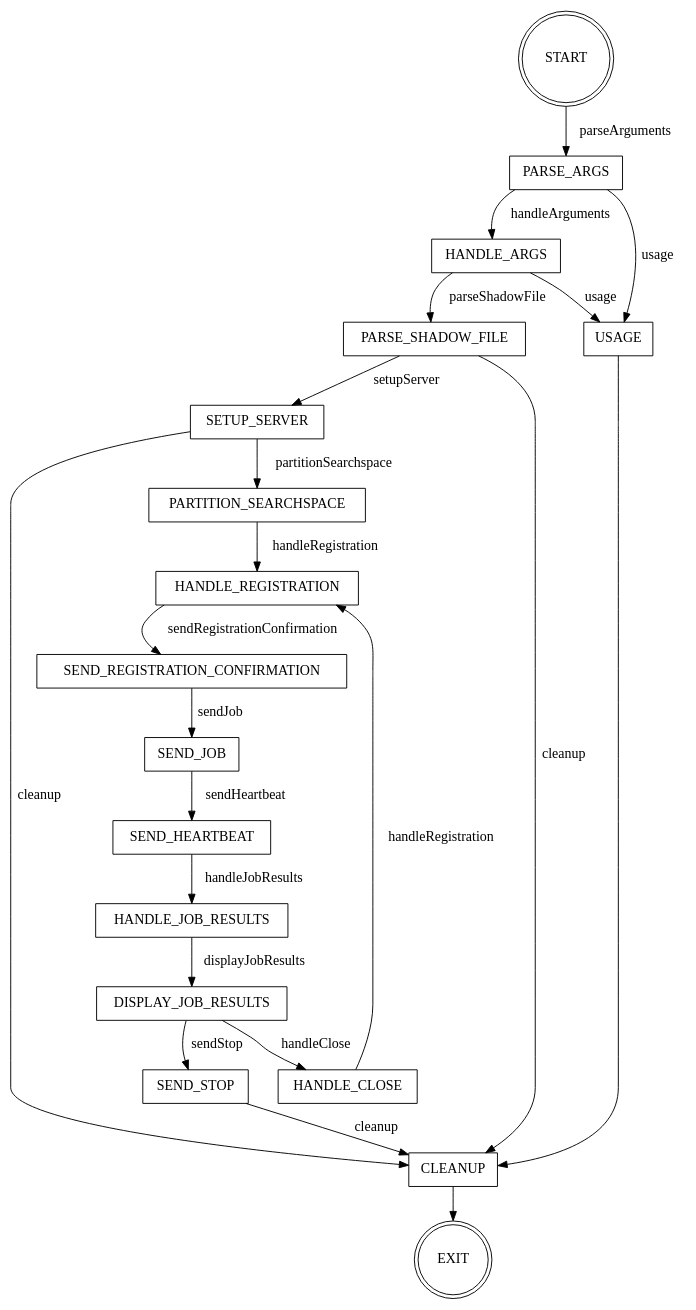
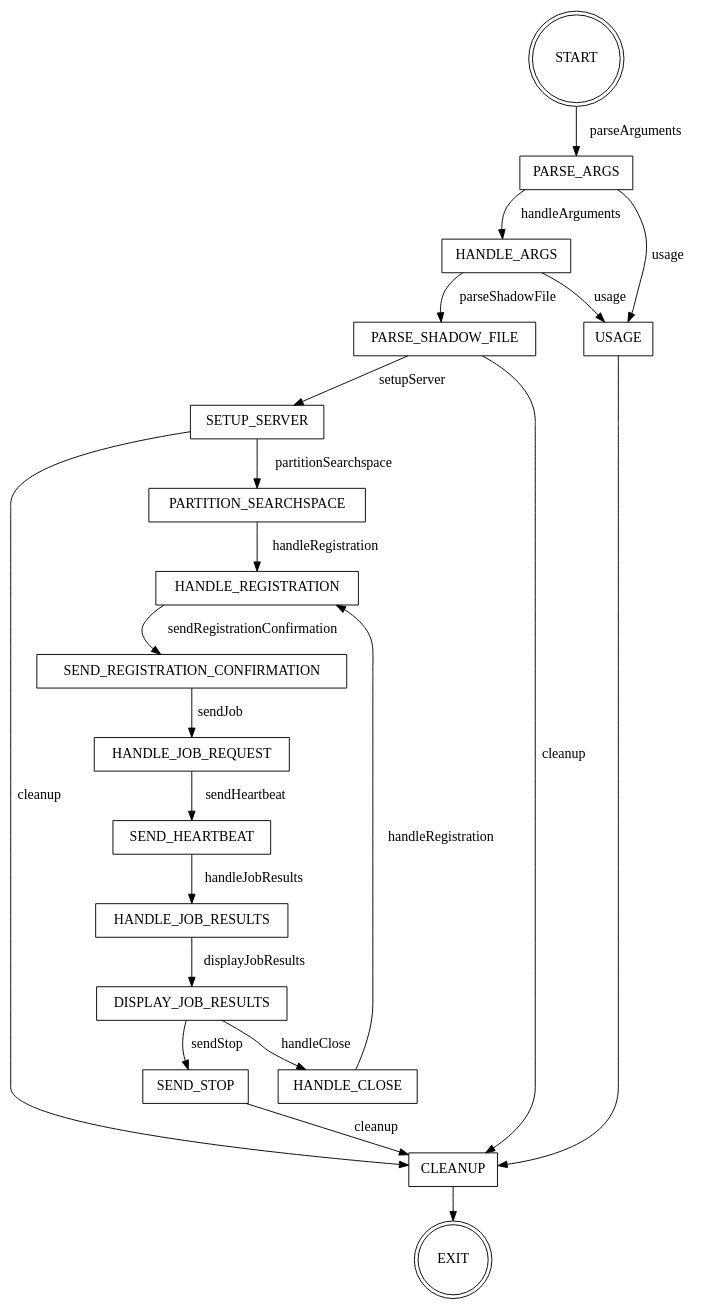
Before and after one commit to A1exander-liU/comp-8005-assign-4: the diagram in controller.gv, drawn with Graphviz. The commit also changed 1 other file, not shown here.

```diff
--- a/controller.gv
+++ b/controller.gv
@@ -1,59 +1,59 @@
 digraph Controller {
   node [shape = rectangle; fontsize = 15;];
   edge [fontsize = 15;];
   
   // States
   START [shape = "doublecircle";];
   PARSE_ARGS;
   HANDLE_ARGS;
   USAGE;
   PARSE_SHADOW_FILE;
   SETUP_SERVER;
   PARTITION_SEARCHSPACE;
   HANDLE_REGISTRATION;
   SEND_REGISTRATION_CONFIRMATION;
-  SEND_JOB;
+  HANDLE_JOB_REQUEST;
   SEND_HEARTBEAT;
   HANDLE_JOB_RESULTS;
   DISPLAY_JOB_RESULTS;
   SEND_STOP;
   CLEANUP;
   EXIT [shape = "doublecircle";];
 
   // Transitions
   START -> PARSE_ARGS [label = "parseArguments";];
   
   PARSE_ARGS -> HANDLE_ARGS [label = "handleArguments";];
   PARSE_ARGS -> USAGE [label = "usage";];
   
   HANDLE_ARGS -> PARSE_SHADOW_FILE [label = "parseShadowFile";];
   HANDLE_ARGS -> USAGE [label = "usage";];
   
   PARSE_SHADOW_FILE -> SETUP_SERVER [label = "setupServer";];
   PARSE_SHADOW_FILE -> CLEANUP [label = "cleanup";];
   
   SETUP_SERVER -> CLEANUP [label = "cleanup";];
 
   SETUP_SERVER -> PARTITION_SEARCHSPACE [label = "partitionSearchspace";];
   PARTITION_SEARCHSPACE -> HANDLE_REGISTRATION [label = "handleRegistration"]
   
   HANDLE_REGISTRATION -> SEND_REGISTRATION_CONFIRMATION [label = "sendRegistrationConfirmation";];
 
-  SEND_REGISTRATION_CONFIRMATION -> SEND_JOB [label = "sendJob";];
+  SEND_REGISTRATION_CONFIRMATION -> HANDLE_JOB_REQUEST [label = "sendJob";];
 
-  SEND_JOB -> SEND_HEARTBEAT [label = "sendHeartbeat";];
+  HANDLE_JOB_REQUEST -> SEND_HEARTBEAT [label = "sendHeartbeat";];
 
   SEND_HEARTBEAT -> HANDLE_JOB_RESULTS [label = "handleJobResults";];
 
   HANDLE_JOB_RESULTS -> DISPLAY_JOB_RESULTS [label = "displayJobResults";];
 
   DISPLAY_JOB_RESULTS -> HANDLE_CLOSE [label = "handleClose";];
   HANDLE_CLOSE -> HANDLE_REGISTRATION [label = "handleRegistration";];
 
   DISPLAY_JOB_RESULTS -> SEND_STOP [label = "sendStop";];
 
   SEND_STOP -> CLEANUP [label = "cleanup";];
 
   USAGE -> CLEANUP;
   CLEANUP -> EXIT;
 }
```
